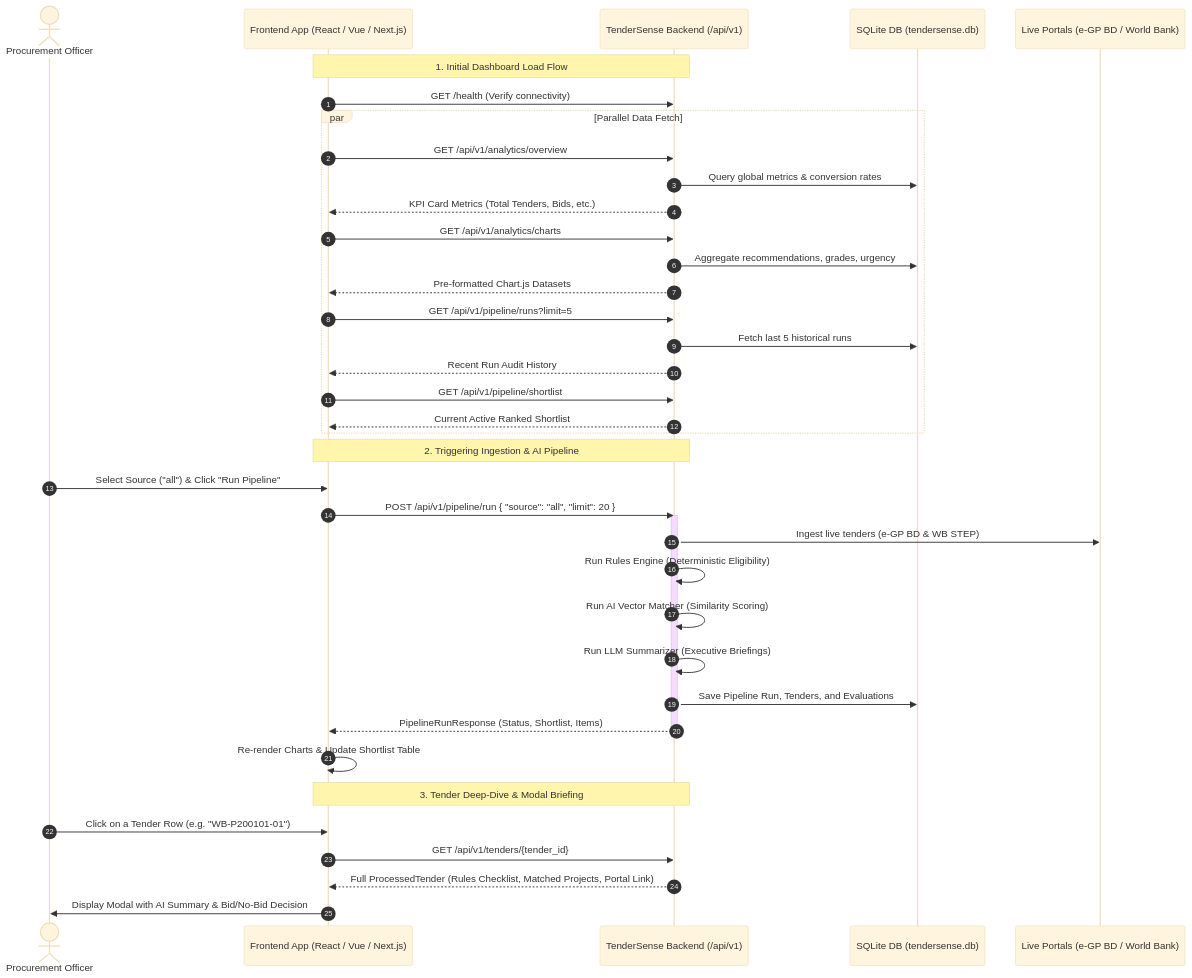
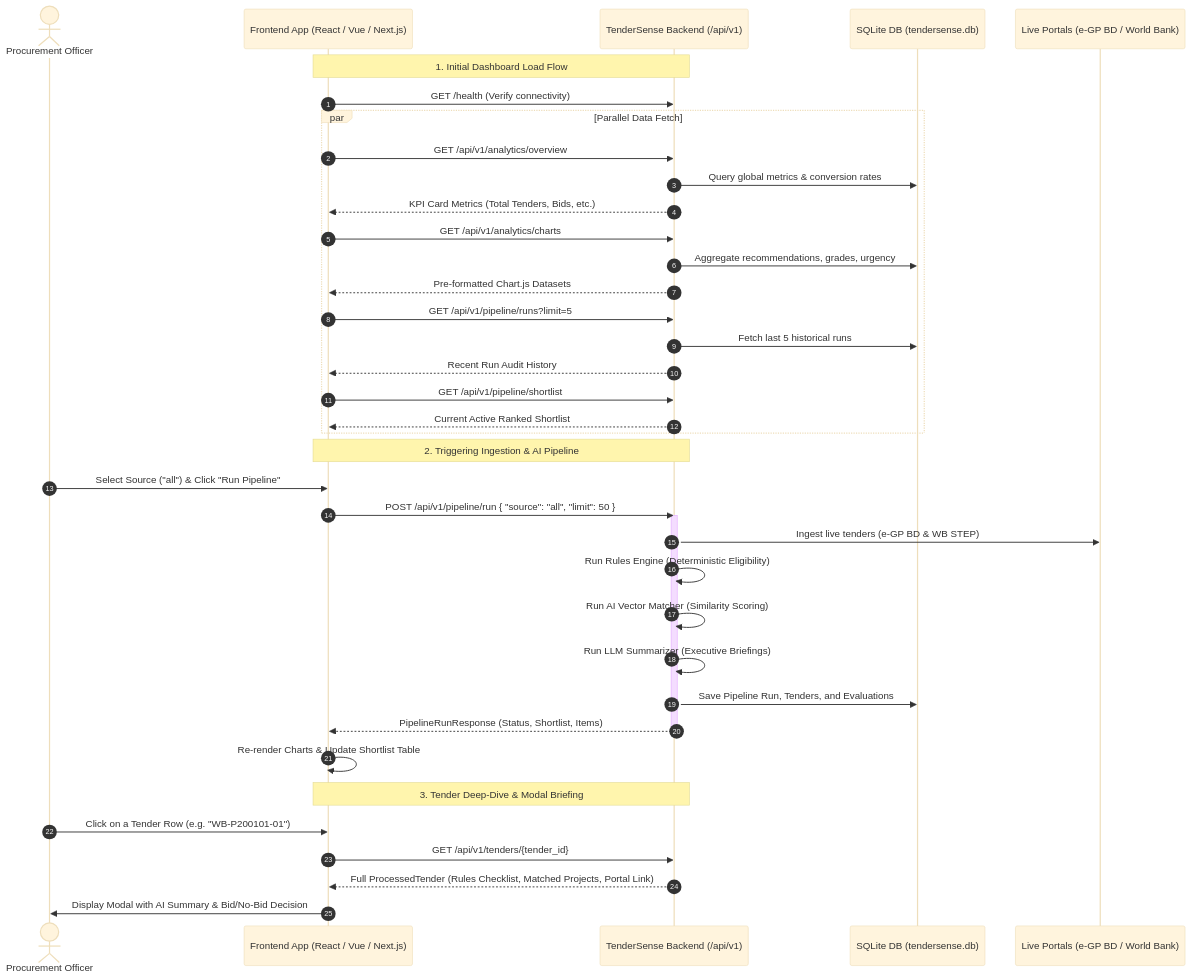
One commit to SajibBarua-art/TenderSense changed the diagram in FRONTEND_API_GUIDE.md. Above: the diagram before and after it, drawn with Mermaid (base theme). The commit also changed other lines of this file and 9 other files, not shown here.

````diff
--- a/FRONTEND_API_GUIDE.md
+++ b/FRONTEND_API_GUIDE.md
@@ -9,47 +9,47 @@
 ```mermaid
 sequenceDiagram
     autonumber
     actor User as Procurement Officer
     participant FE as Frontend App (React / Vue / Next.js)
     participant API as TenderSense Backend (/api/v1)
     participant DB as SQLite DB (tendersense.db)
     participant Ext as Live Portals (e-GP BD / World Bank)
 
     Note over FE, API: 1. Initial Dashboard Load Flow
     FE->>API: GET /health (Verify connectivity)
     par Parallel Data Fetch
         FE->>API: GET /api/v1/analytics/overview
         API->>DB: Query global metrics & conversion rates
         API-->>FE: KPI Card Metrics (Total Tenders, Bids, etc.)
         
         FE->>API: GET /api/v1/analytics/charts
         API->>DB: Aggregate recommendations, grades, urgency
         API-->>FE: Pre-formatted Chart.js Datasets
         
         FE->>API: GET /api/v1/pipeline/runs?limit=5
         API->>DB: Fetch last 5 historical runs
         API-->>FE: Recent Run Audit History
         
         FE->>API: GET /api/v1/pipeline/shortlist
         API-->>FE: Current Active Ranked Shortlist
     end
 
     Note over FE, API: 2. Triggering Ingestion & AI Pipeline
     User->>FE: Select Source ("all") & Click "Run Pipeline"
-    FE->>API: POST /api/v1/pipeline/run { "source": "all", "limit": 20 }
+    FE->>API: POST /api/v1/pipeline/run { "source": "all", "limit": 50 }
     activate API
     API->>Ext: Ingest live tenders (e-GP BD & WB STEP)
     API->>API: Run Rules Engine (Deterministic Eligibility)
     API->>API: Run AI Vector Matcher (Similarity Scoring)
     API->>API: Run LLM Summarizer (Executive Briefings)
     API->>DB: Save Pipeline Run, Tenders, and Evaluations
     API-->>FE: PipelineRunResponse (Status, Shortlist, Items)
     deactivate API
     FE->>FE: Re-render Charts & Update Shortlist Table
 
     Note over FE, API: 3. Tender Deep-Dive & Modal Briefing
     User->>FE: Click on a Tender Row (e.g. "WB-P200101-01")
     FE->>API: GET /api/v1/tenders/{tender_id}
     API-->>FE: Full ProcessedTender (Rules Checklist, Matched Projects, Portal Link)
     FE->>User: Display Modal with AI Summary & Bid/No-Bid Decision
 ```
````
